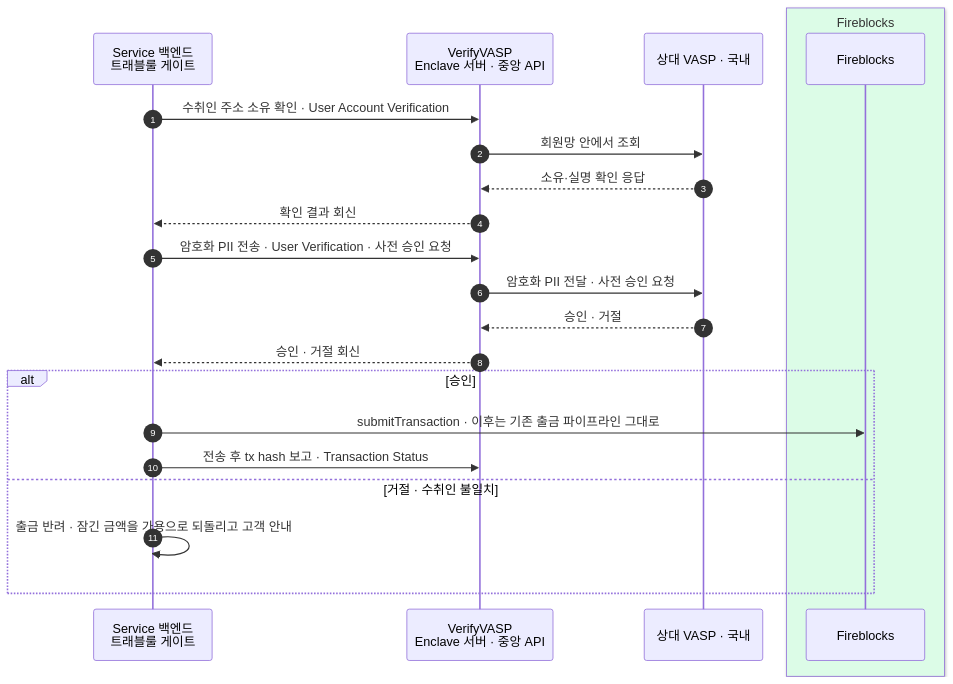
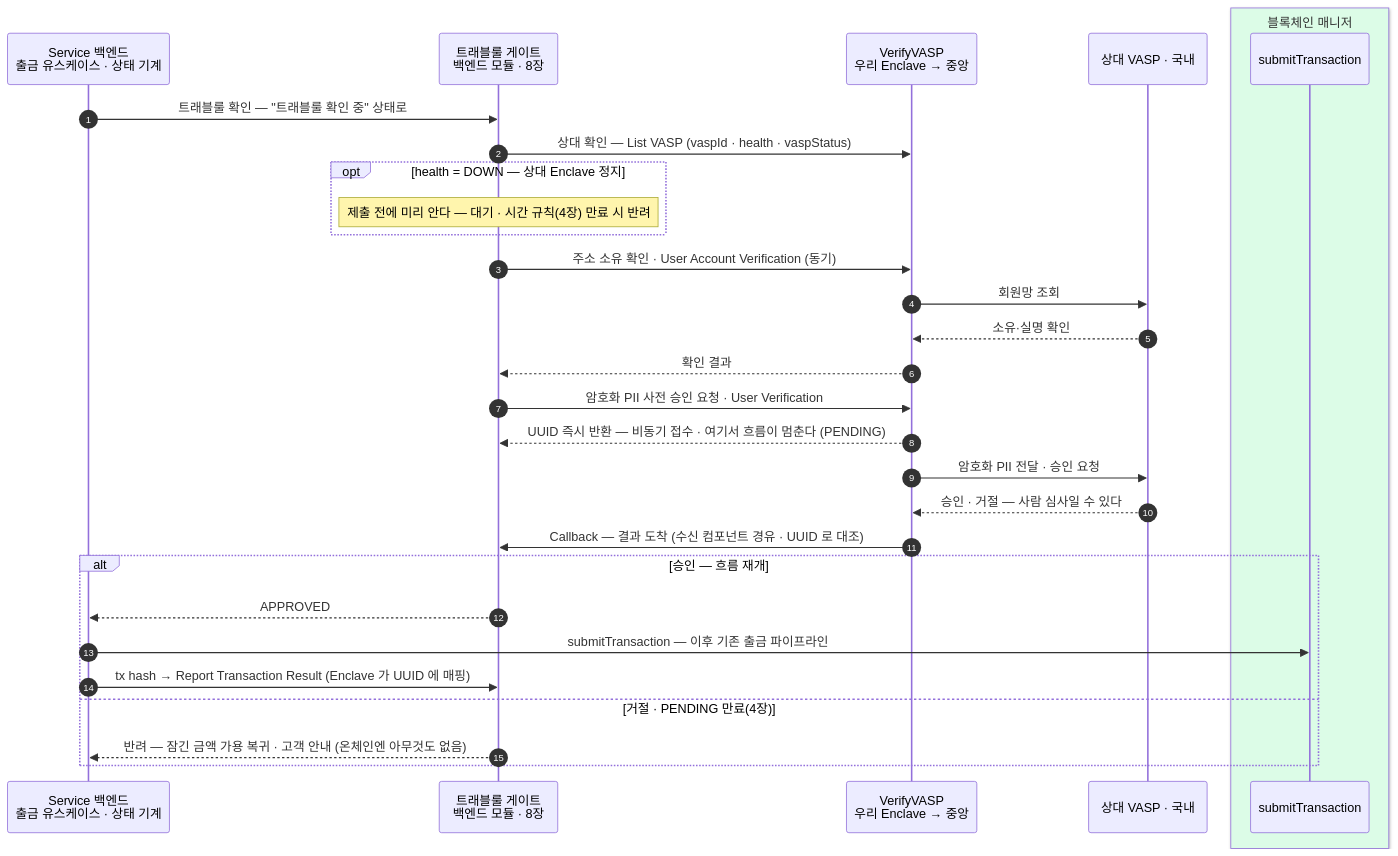
Before and after one commit to eunsujeo/eunpus: the first of 4 diagrams in blockchain-manager/docs/트래블룰/설계/07-scenarios.md, drawn with Mermaid. The commit also changed other lines of this file and 33 other files, not shown here.

````diff
--- a/blockchain-manager/docs/트래블룰/설계/07-scenarios.md
+++ b/blockchain-manager/docs/트래블룰/설계/07-scenarios.md
@@ -13,25 +13,33 @@
 ```mermaid
 sequenceDiagram
     autonumber
-    participant BE as Service 백엔드<br/>트래블룰 게이트
-    participant VV as VerifyVASP<br/>Enclave 서버 · 중앙 API
+    participant BE as Service 백엔드<br/>출금 유스케이스 · 상태 기계
+    participant GT as 트래블룰 게이트<br/>백엔드 모듈 · 8장
+    participant VV as VerifyVASP<br/>우리 Enclave → 중앙
     participant RV as 상대 VASP · 국내
-    box rgb(220,252,231) Fireblocks
-    participant FB as Fireblocks
+    box rgb(220,252,231) 블록체인 매니저
+    participant BM as submitTransaction
     end
 
-    BE->>VV: 수취인 주소 소유 확인 · User Account Verification
-    VV->>RV: 회원망 안에서 조회
-    RV-->>VV: 소유·실명 확인 응답
-    VV-->>BE: 확인 결과 회신
-    BE->>VV: 암호화 PII 전송 · User Verification · 사전 승인 요청
-    VV->>RV: 암호화 PII 전달 · 사전 승인 요청
-    RV-->>VV: 승인 · 거절
-    VV-->>BE: 승인 · 거절 회신
-    alt 승인
-        BE->>FB: submitTransaction · 이후는 기존 출금 파이프라인 그대로
-        BE->>VV: 전송 후 tx hash 보고 · Transaction Status
-    else 거절 · 수취인 불일치
-        BE->>BE: 출금 반려 · 잠긴 금액을 가용으로 되돌리고 고객 안내
+    BE->>GT: 트래블룰 확인 — "트래블룰 확인 중" 상태로
+    GT->>VV: 상대 확인 — List VASP (vaspId · health · vaspStatus)
+    opt health = DOWN — 상대 Enclave 정지
+        Note over GT: 제출 전에 미리 안다 — 대기 · 시간 규칙(4장) 만료 시 반려
+    end
+    GT->>VV: 주소 소유 확인 · User Account Verification (동기)
+    VV->>RV: 회원망 조회
+    RV-->>VV: 소유·실명 확인
+    VV-->>GT: 확인 결과
+    GT->>VV: 암호화 PII 사전 승인 요청 · User Verification
+    VV-->>GT: UUID 즉시 반환 — 비동기 접수 · 여기서 흐름이 멈춘다 (PENDING)
+    VV->>RV: 암호화 PII 전달 · 승인 요청
+    RV-->>VV: 승인 · 거절 — 사람 심사일 수 있다
+    VV->>GT: Callback — 결과 도착 (수신 컴포넌트 경유 · UUID 로 대조)
+    alt 승인 — 흐름 재개
+        GT-->>BE: APPROVED
+        BE->>BM: submitTransaction — 이후 기존 출금 파이프라인
+        BE->>GT: tx hash → Report Transaction Result (Enclave 가 UUID 에 매핑)
+    else 거절 · PENDING 만료(4장)
+        GT-->>BE: 반려 — 잠긴 금액 가용 복귀 · 고객 안내 (온체인엔 아무것도 없음)
     end
 ```
````
